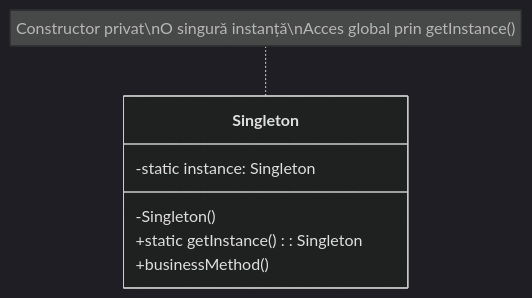
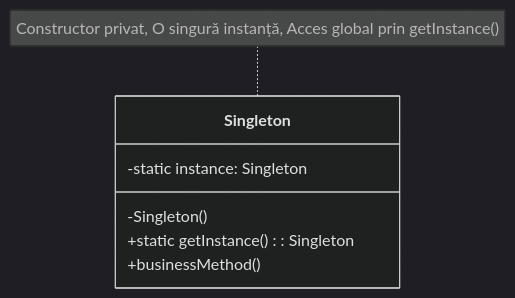
Before and after one commit to Brebu/Quizz: the second of 55 diagrams in chapters/cap13-design-patterns-diag.md, drawn with Mermaid (dark theme). The commit also changed other lines of this file and 1 other file, not shown here.

````diff
--- a/chapters/cap13-design-patterns-diag.md
+++ b/chapters/cap13-design-patterns-diag.md
@@ -82,11 +82,11 @@
 ```mermaid
 classDiagram
     class Singleton {
         -static instance: Singleton
         -Singleton()
         +static getInstance(): Singleton
         +businessMethod()
     }
     
-    note for Singleton "Constructor privat\nO singură instanță\nAcces global prin getInstance()"
+    note for Singleton "Constructor privat, O singură instanță, Acces global prin getInstance()"
 ```
````
